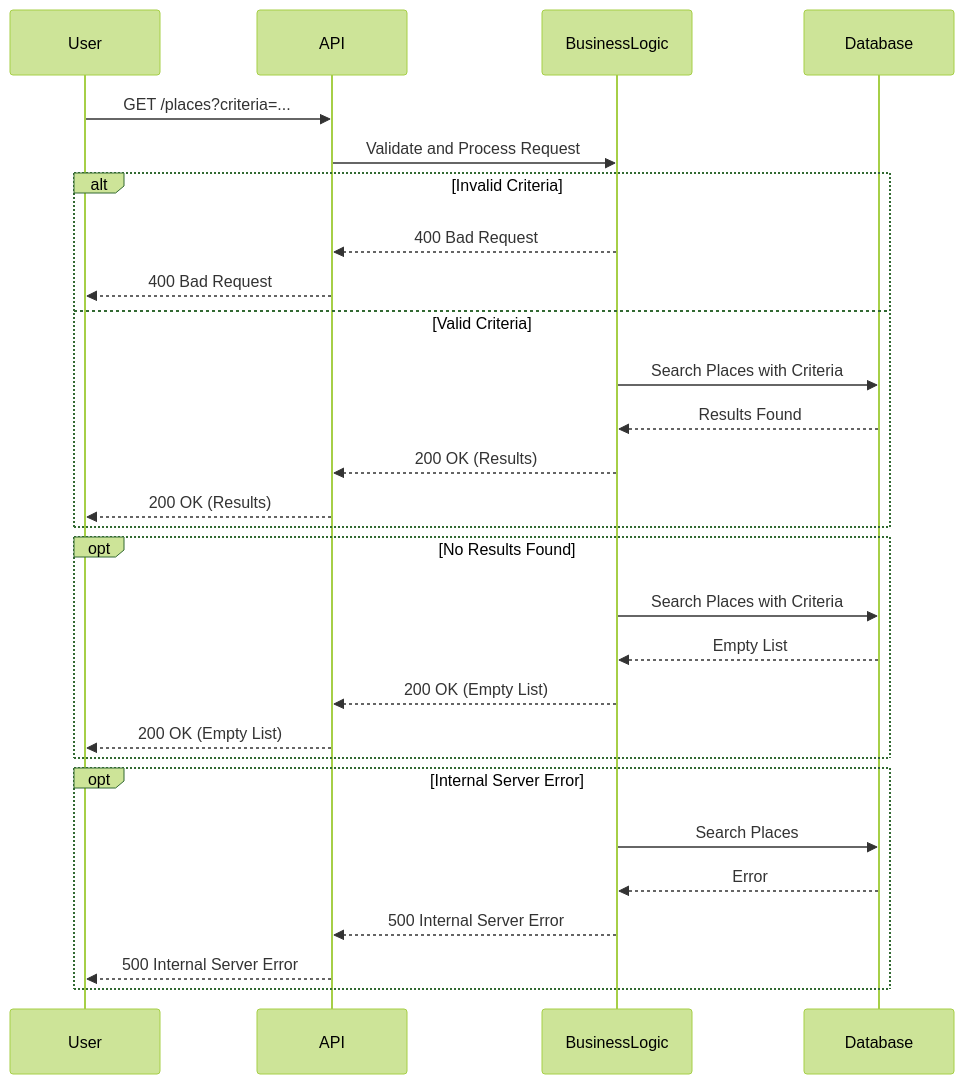
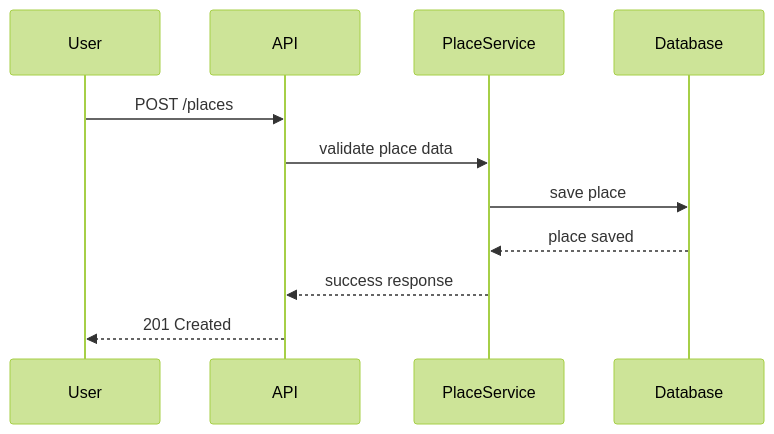
One commit to holbkr/holbertonschool-hbnb changed the diagram in part1/task2/sequencediagramplace.mmd. Above: the diagram before and after it, drawn with Mermaid (forest theme).

```diff
--- a/part1/task2/sequencediagramplace.mmd
+++ b/part1/task2/sequencediagramplace.mmd
@@ -1,32 +1,12 @@
 sequenceDiagram
-    participant User
-    participant API
-    participant BusinessLogic
-    participant Database
+participant User
+participant API
+participant PlaceService
+participant Database
 
-    User->>API: GET /places?criteria=...
-    API->>BusinessLogic: Validate and Process Request
-    
-    alt Invalid Criteria
-        BusinessLogic-->>API: 400 Bad Request
-        API-->>User: 400 Bad Request
-    else Valid Criteria
-        BusinessLogic->>Database: Search Places with Criteria
-        Database-->>BusinessLogic: Results Found
-        BusinessLogic-->>API: 200 OK (Results)
-        API-->>User: 200 OK (Results)
-    end
-
-    opt No Results Found
-        BusinessLogic->>Database: Search Places with Criteria
-        Database-->>BusinessLogic: Empty List
-        BusinessLogic-->>API: 200 OK (Empty List)
-        API-->>User: 200 OK (Empty List)
-    end
-
-    opt Internal Server Error
-        BusinessLogic->>Database: Search Places
-        Database-->>BusinessLogic: Error
-        BusinessLogic-->>API: 500 Internal Server Error
-        API-->>User: 500 Internal Server Error
-    end
+User->>API: POST /places
+API->>PlaceService: validate place data
+PlaceService->>Database: save place
+Database-->>PlaceService: place saved
+PlaceService-->>API: success response
+API-->>User: 201 Created
```
